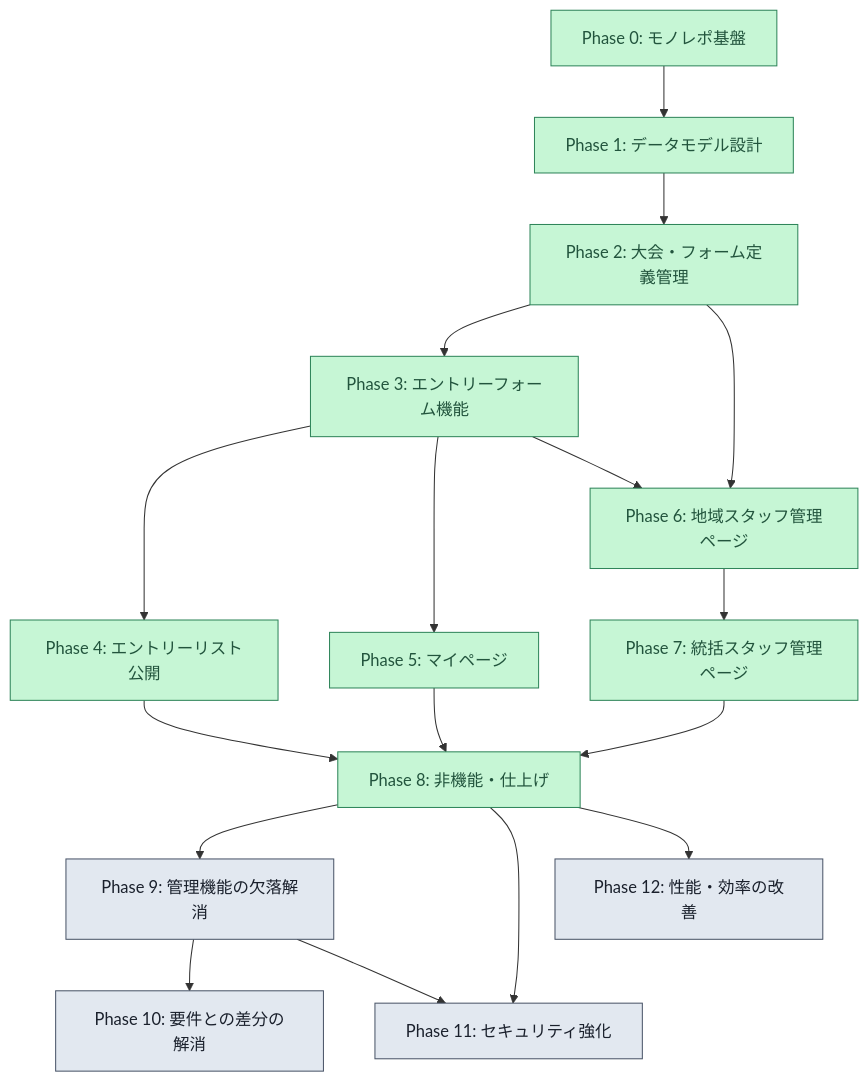
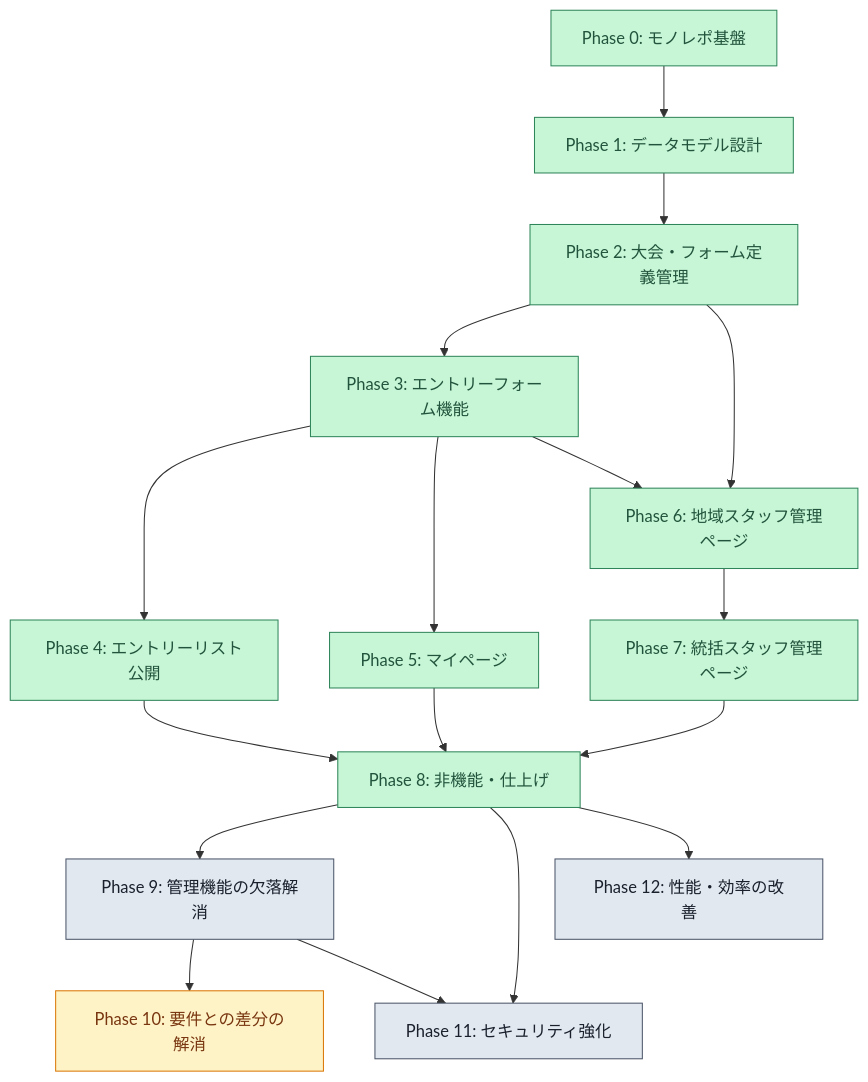
The first of 12 diagrams in tasks.md (m-uesaka/regional-quiz-entry-form), drawn with Mermaid before and after one commit. The commit also changed other lines of this file and 14 other files, not shown here.

````diff
--- a/tasks.md
+++ b/tasks.md
@@ -97,24 +97,24 @@
 ```mermaid
 graph TD
   P0["Phase 0: モノレポ基盤"]:::done --> P1["Phase 1: データモデル設計"]:::done
   P1 --> P2["Phase 2: 大会・フォーム定義管理"]:::done
   P2 --> P3["Phase 3: エントリーフォーム機能"]:::done
   P3 --> P4["Phase 4: エントリーリスト公開"]:::done
   P3 --> P5["Phase 5: マイページ"]:::done
   P2 --> P6["Phase 6: 地域スタッフ管理ページ"]:::done
   P3 --> P6
   P6 --> P7["Phase 7: 統括スタッフ管理ページ"]:::done
   P4 --> P8["Phase 8: 非機能・仕上げ"]:::done
   P5 --> P8
   P7 --> P8
 
   P8 --> P9["Phase 9: 管理機能の欠落解消"]:::todo
-  P9 --> P10["Phase 10: 要件との差分の解消"]:::todo
+  P9 --> P10["Phase 10: 要件との差分の解消"]:::wip
   P8 --> P11["Phase 11: セキュリティ強化"]:::todo
   P9 --> P11
   P8 --> P12["Phase 12: 性能・効率の改善"]:::todo
 
   classDef done fill:#c6f6d5,stroke:#2f855a,color:#22543d;
   classDef wip fill:#fef3c7,stroke:#d97706,color:#78350f;
   classDef todo fill:#e2e8f0,stroke:#4a5568,color:#1a202c;
 ```
````
